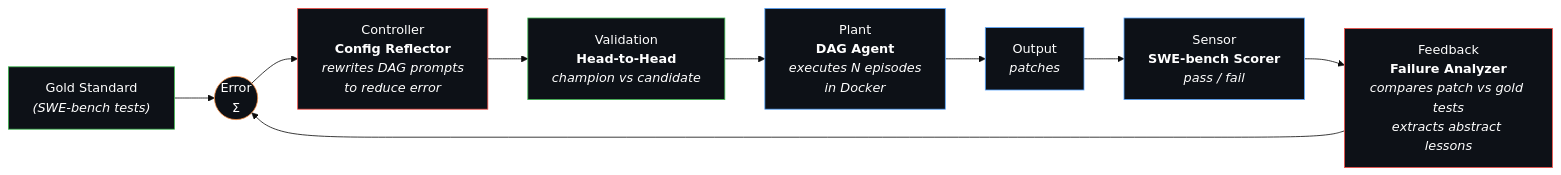
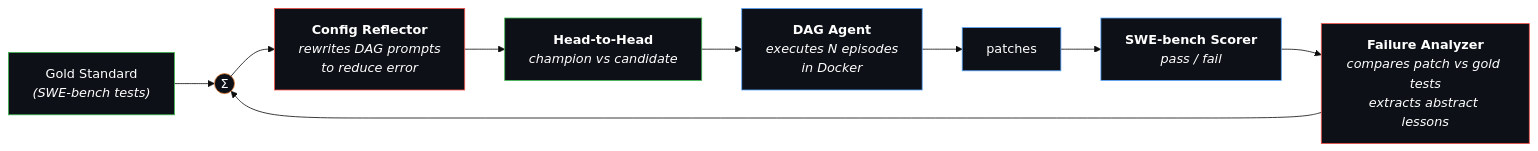
The diagram in README.md (Midas-Agent-Dev/midas-agent), drawn with Mermaid (base theme) before and after one commit. The commit also changed other lines of this file, not shown here.

Commit message:
README: remove PID terminology, keep the diagram structure

````diff
--- a/README.md
+++ b/README.md
@@ -34,20 +32,20 @@
 ```mermaid
 flowchart LR
     R["Gold Standard<br/><i>(SWE-bench tests)</i>"] --> E
-    E(("Error<br/>Σ")) --> C
-    C["Controller<br/><b>Config Reflector</b><br/><i>rewrites DAG prompts</i><br/><i>to reduce error</i>"] --> V
-    V["Validation<br/><b>Head-to-Head</b><br/><i>champion vs candidate</i>"] --> P
-    P["Plant<br/><b>DAG Agent</b><br/><i>executes N episodes</i><br/><i>in Docker</i>"] --> O["Output<br/><i>patches</i>"]
+    E(("Σ")) --> C
+    C["<b>Config Reflector</b><br/><i>rewrites DAG prompts</i><br/><i>to reduce error</i>"] --> V
+    V["<b>Head-to-Head</b><br/><i>champion vs candidate</i>"] --> P
+    P["<b>DAG Agent</b><br/><i>executes N episodes</i><br/><i>in Docker</i>"] --> O["patches"]
     O --> S
-    S["Sensor<br/><b>SWE-bench Scorer</b><br/><i>pass / fail</i>"] --> FB
-    FB["Feedback<br/><b>Failure Analyzer</b><br/><i>compares patch vs gold tests</i><br/><i>extracts abstract lessons</i>"] --> E
+    S["<b>SWE-bench Scorer</b><br/><i>pass / fail</i>"] --> FB
+    FB["<b>Failure Analyzer</b><br/><i>compares patch vs gold tests</i><br/><i>extracts abstract lessons</i>"] --> E
 
     style R fill:#0d1117,stroke:#3fb950,color:#fff
     style E fill:#0d1117,stroke:#f0883e,color:#fff
     style C fill:#0d1117,stroke:#f85149,color:#fff
     style V fill:#0d1117,stroke:#3fb950,color:#fff
     style P fill:#0d1117,stroke:#58a6ff,color:#fff
     style O fill:#0d1117,stroke:#58a6ff,color:#fff
     style S fill:#0d1117,stroke:#58a6ff,color:#fff
     style FB fill:#0d1117,stroke:#f85149,color:#fff
 ```
````
